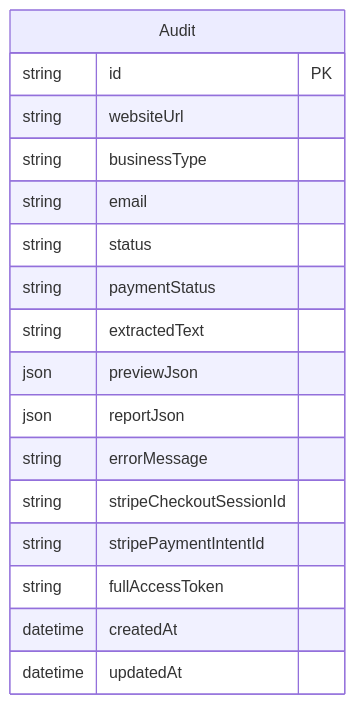
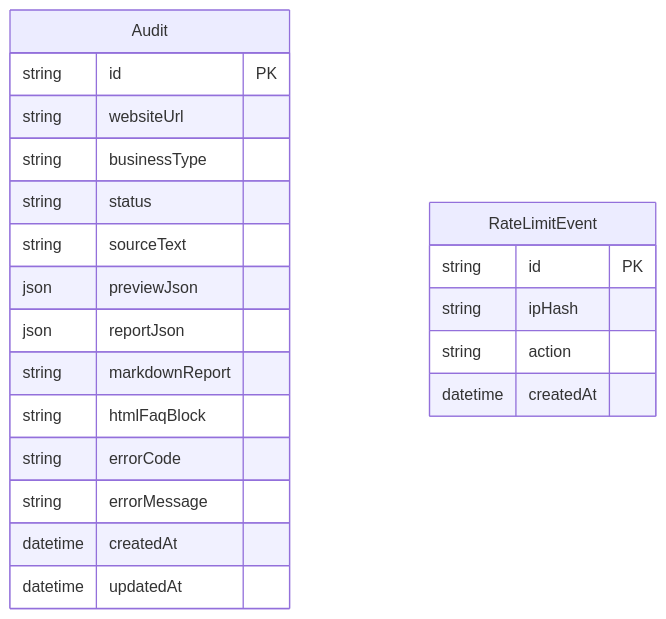
One commit to Luxion07/sitegap-ai changed the sixth of 10 diagrams in docs/ARCHITECTURE.md. Above: the diagram before and after it, drawn with Mermaid. The commit also changed other lines of this file and 15 other files, not shown here.

````diff
--- a/docs/ARCHITECTURE.md
+++ b/docs/ARCHITECTURE.md
@@ -221,20 +159,25 @@
 ```mermaid
 erDiagram
   Audit {
     string id PK
     string websiteUrl
     string businessType
-    string email
     string status
-    string paymentStatus
-    string extractedText
+    string sourceText
     json previewJson
     json reportJson
+    string markdownReport
+    string htmlFaqBlock
+    string errorCode
     string errorMessage
-    string stripeCheckoutSessionId
-    string stripePaymentIntentId
-    string fullAccessToken
     datetime createdAt
     datetime updatedAt
   }
+
+  RateLimitEvent {
+    string id PK
+    string ipHash
+    string action
+    datetime createdAt
+  }
 ```
````
